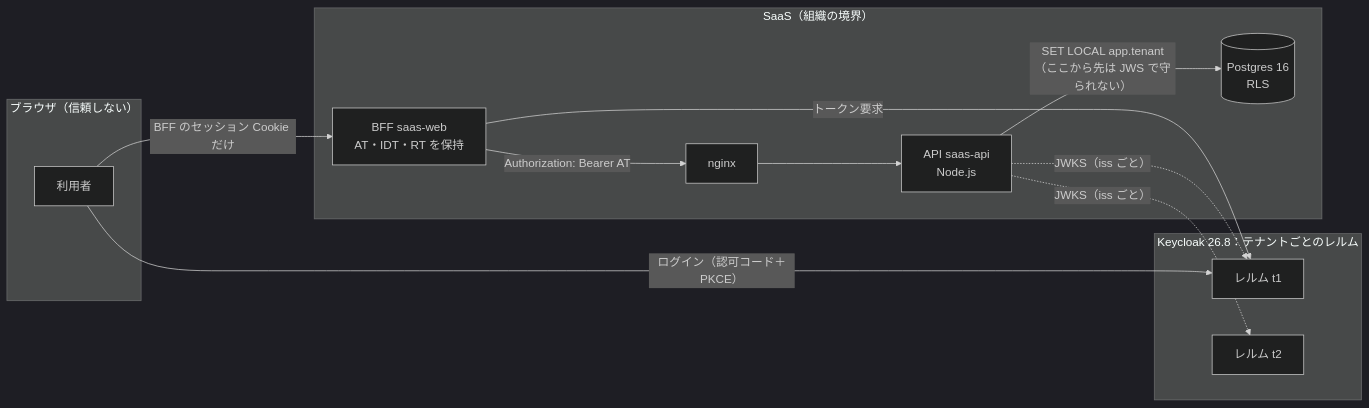
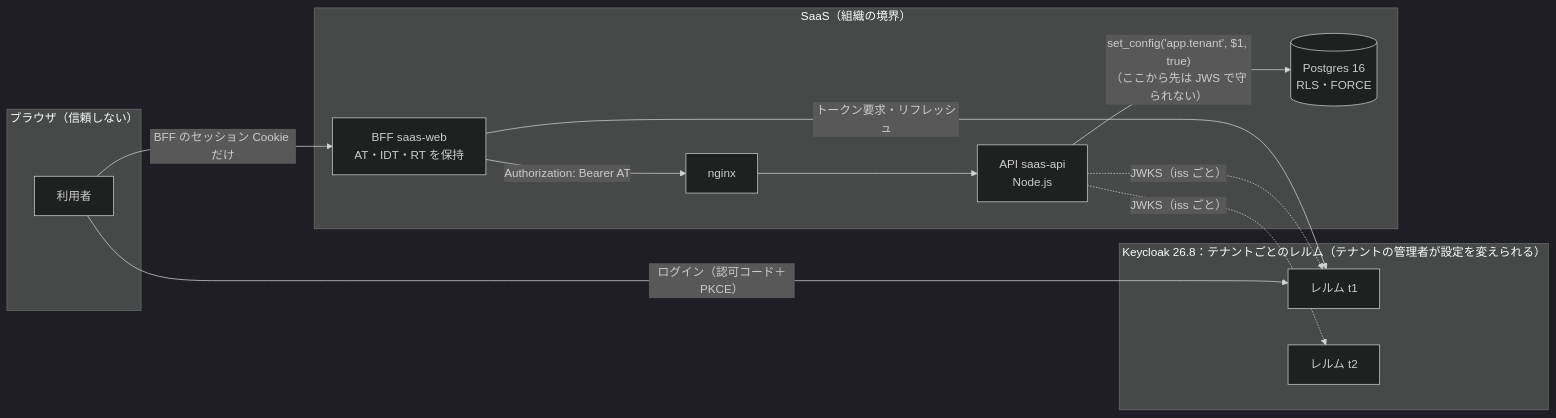
One commit to Takenori-Kusaka/jwt-claims-guide changed the first of 2 diagrams in templates/examples/scenario-a/design.md. Above: the diagram before and after it, drawn with Mermaid (dark theme). The commit also changed other lines of this file and 7 other files, not shown here.

````diff
--- a/templates/examples/scenario-a/design.md
+++ b/templates/examples/scenario-a/design.md
@@ -25,23 +25,23 @@
 ```mermaid
 flowchart LR
   subgraph B[ブラウザ（信頼しない）]
     U[利用者]
   end
-  subgraph IdP[Keycloak 26.8：テナントごとのレルム]
+  subgraph IdP[Keycloak 26.8：テナントごとのレルム（テナントの管理者が設定を変えられる）]
     R1[レルム t1]
     R2[レルム t2]
   end
   subgraph S[SaaS（組織の境界）]
     BFF[BFF saas-web<br/>AT・IDT・RT を保持]
     NG[nginx]
     API[API saas-api<br/>Node.js]
-    DB[(Postgres 16<br/>RLS)]
+    DB[(Postgres 16<br/>RLS・FORCE)]
   end
   U -- BFF のセッション Cookie だけ --> BFF
   U -- ログイン（認可コード＋PKCE） --> R1
-  BFF -- トークン要求 --> R1
+  BFF -- トークン要求・リフレッシュ --> R1
   BFF -- "Authorization: Bearer AT" --> NG --> API
-  API -- "SET LOCAL app.tenant<br/>（ここから先は JWS で守られない）" --> DB
+  API -- "set_config('app.tenant', $1, true)<br/>（ここから先は JWS で守られない）" --> DB
   API -. JWKS（iss ごと） .-> R1
   API -. JWKS（iss ごと） .-> R2
 ```
````
